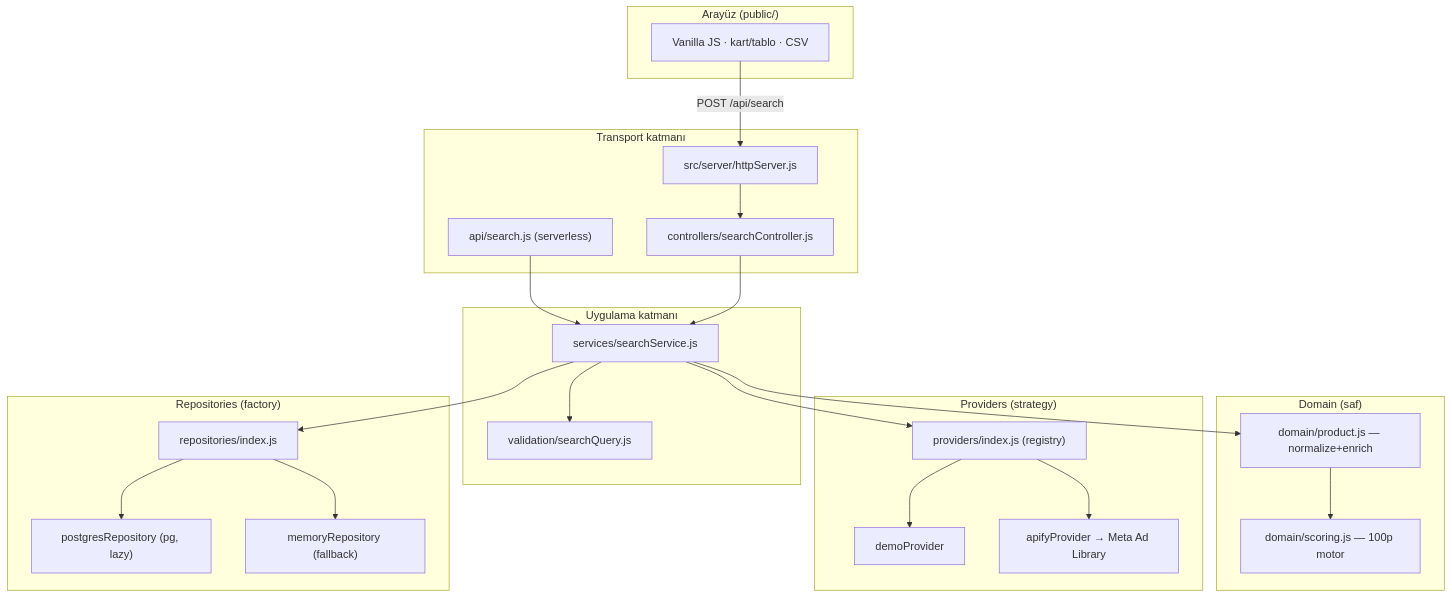
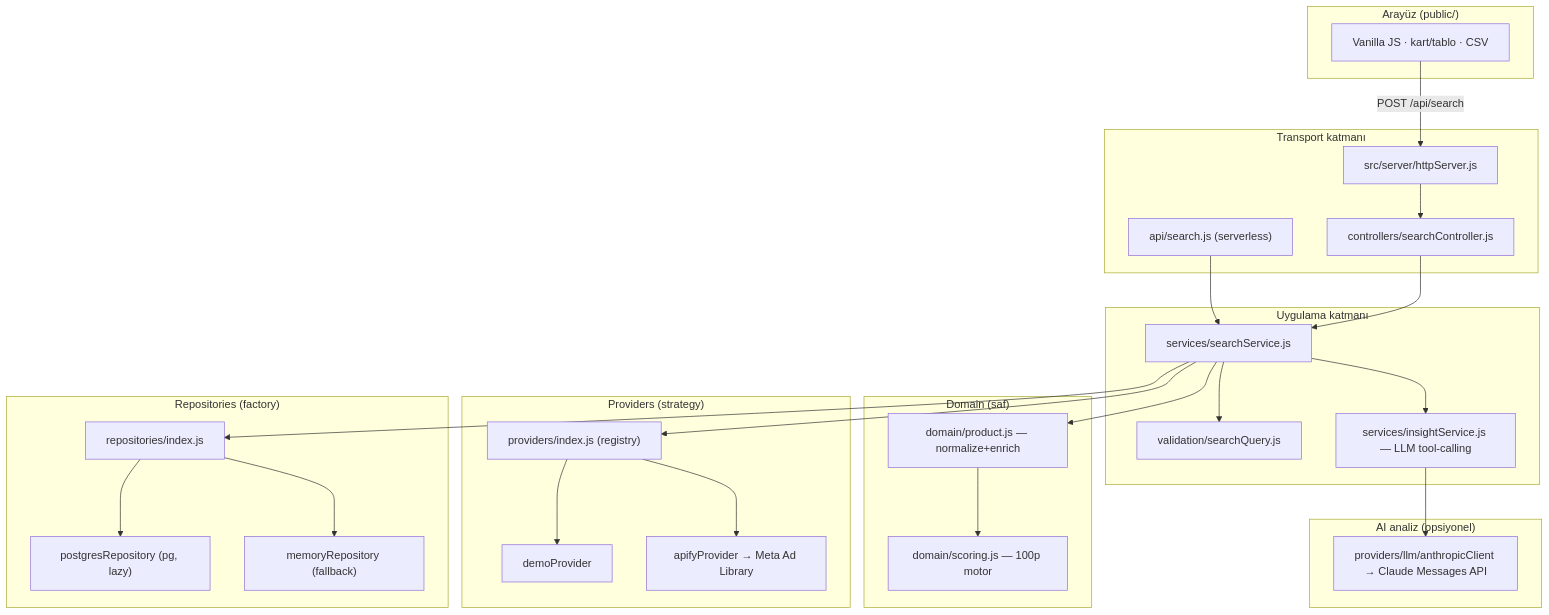
Before and after one commit to OzlemKlc/winning-product-finder: the first of 3 diagrams in ARCHITECTURE.md, drawn with Mermaid. The commit also changed other lines of this file and 1 other file, not shown here.

First line of the commit message:
docs: reflect LLM insight layer

````diff
--- a/ARCHITECTURE.md
+++ b/ARCHITECTURE.md
@@ -36,42 +36,48 @@
 ```mermaid
 flowchart TD
     subgraph Client["Arayüz (public/)"]
       UI["Vanilla JS · kart/tablo · CSV"]
     end
 
     subgraph Transport["Transport katmanı"]
       HTTP["src/server/httpServer.js"]
       VERCEL["api/search.js (serverless)"]
       CTRL["controllers/searchController.js"]
     end
 
     subgraph App["Uygulama katmanı"]
       VAL["validation/searchQuery.js"]
       SVC["services/searchService.js"]
+      INS["services/insightService.js — LLM tool-calling"]
     end
 
     subgraph Domain["Domain (saf)"]
       SCORE["domain/scoring.js — 100p motor"]
       PROD["domain/product.js — normalize+enrich"]
     end
 
     subgraph Providers["Providers (strategy)"]
       REG["providers/index.js (registry)"]
       DEMO["demoProvider"]
       APIFY["apifyProvider → Meta Ad Library"]
+    end
+
+    subgraph LLM["AI analiz (opsiyonel)"]
+      ANTH["providers/llm/anthropicClient → Claude Messages API"]
     end
 
     subgraph Persistence["Repositories (factory)"]
       REPO["repositories/index.js"]
       PG["postgresRepository (pg, lazy)"]
       MEM["memoryRepository (fallback)"]
     end
 
     UI -->|POST /api/search| HTTP --> CTRL
     VERCEL --> SVC
     CTRL --> SVC
     SVC --> VAL
     SVC --> REG --> DEMO & APIFY
     SVC --> PROD --> SCORE
+    SVC --> INS --> ANTH
     SVC --> REPO --> PG & MEM
 ```
````
